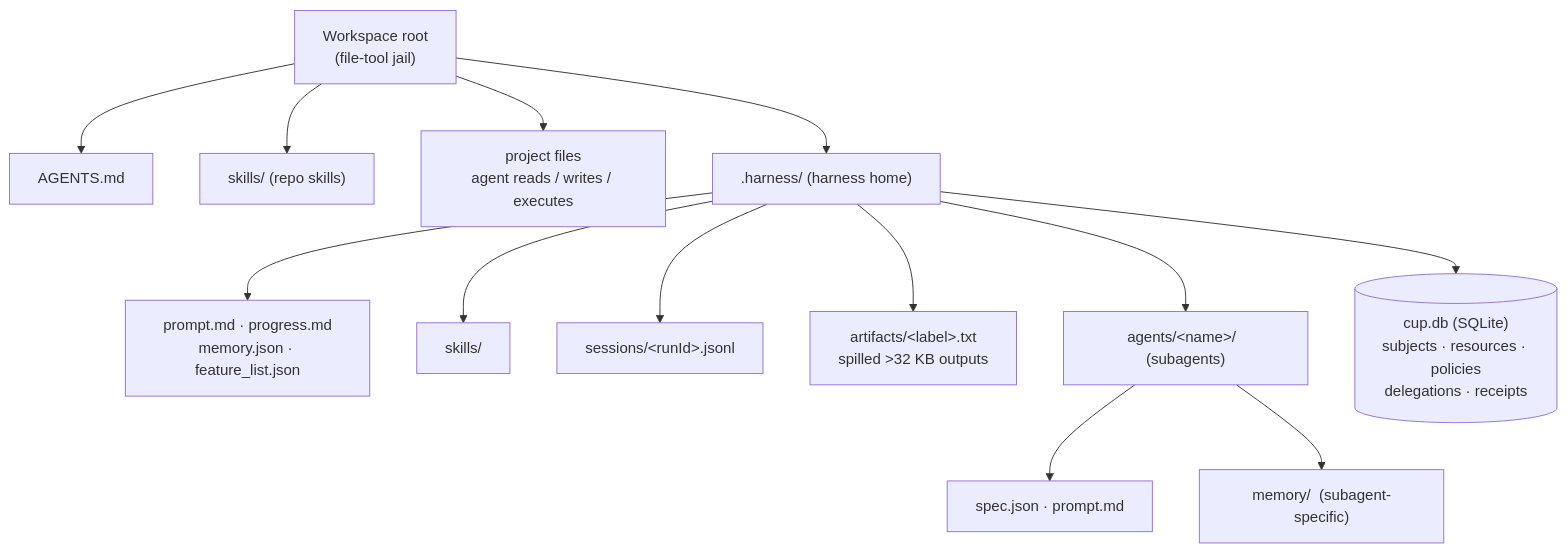
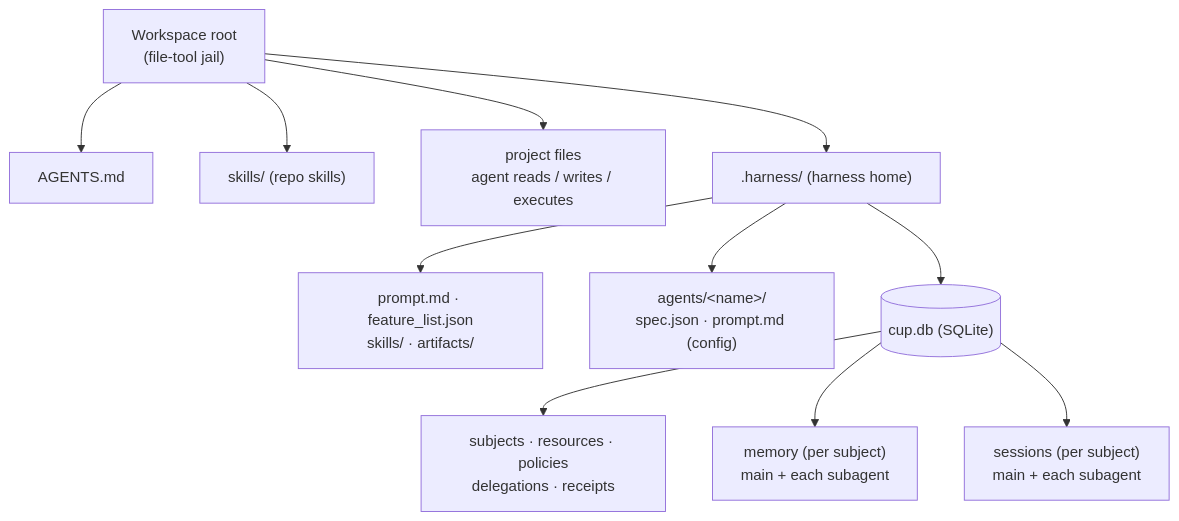
Before and after one commit to Capability-UI/agent-harness: the second of 6 diagrams in docs/plans/2026-09-15-001-plan-cup-agent-operating-model.md, drawn with Mermaid. The commit also changed other lines of this file, not shown here.

First line of the commit message:
docs(plan): memory & sessions live in cup.db as owner-scoped CUP resources

````diff
--- a/docs/plans/2026-09-15-001-plan-cup-agent-operating-model.md
+++ b/docs/plans/2026-09-15-001-plan-cup-agent-operating-model.md
@@ -79,16 +77,14 @@
 ```mermaid
 flowchart TB
   WS["Workspace root<br/>(file-tool jail)"]
   WS --> AGM["AGENTS.md"]
   WS --> RSK["skills/ (repo skills)"]
   WS --> PROJ["project files<br/>agent reads / writes / executes"]
   WS --> H[".harness/ (harness home)"]
-  H --> PM["prompt.md · progress.md<br/>memory.json · feature_list.json"]
-  H --> HSK["skills/"]
-  H --> SES["sessions/&lt;runId&gt;.jsonl"]
-  H --> ART["artifacts/&lt;label&gt;.txt<br/>spilled &gt;32 KB outputs"]
-  H --> AGENTS["agents/&lt;name&gt;/  (subagents)"]
-  AGENTS --> SPEC["spec.json · prompt.md"]
-  AGENTS --> MEM["memory/  (subagent-specific)"]
-  H --> DB[("cup.db (SQLite)<br/>subjects · resources · policies<br/>delegations · receipts")]
+  H --> CFG["prompt.md · feature_list.json<br/>skills/ · artifacts/"]
+  H --> AGENTS["agents/&lt;name&gt;/<br/>spec.json · prompt.md (config)"]
+  H --> DB[("cup.db (SQLite)")]
+  DB --> CORE["subjects · resources · policies<br/>delegations · receipts"]
+  DB --> MEM["memory (per subject)<br/>main + each subagent"]
+  DB --> SES["sessions (per subject)<br/>main + each subagent"]
 ```
````
